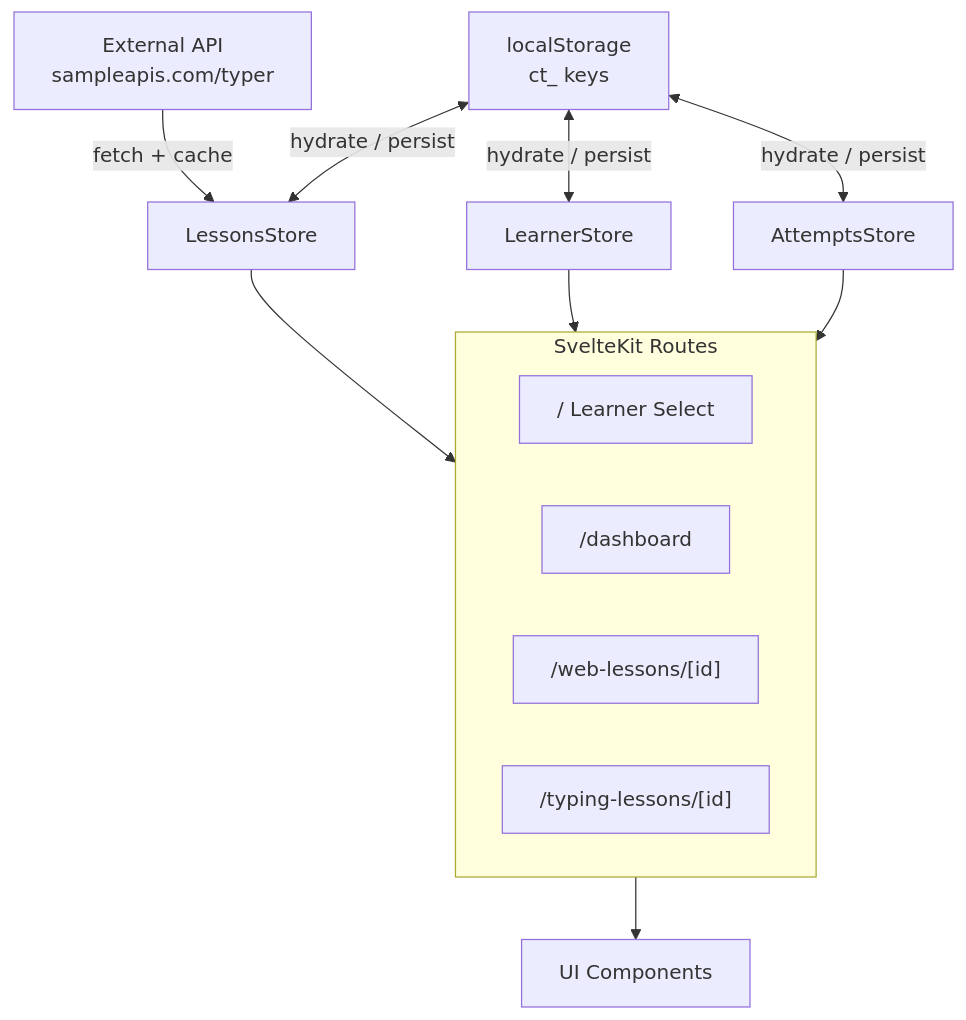
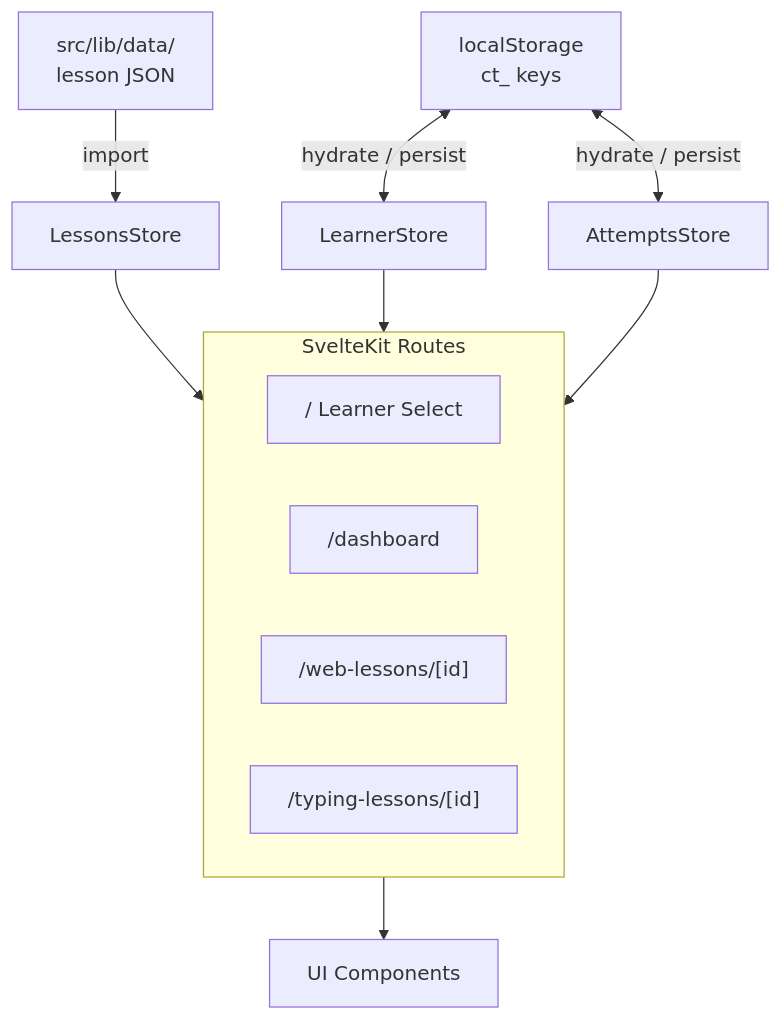
One commit to jermbo/CosmicTyper changed the diagram in docs/architecture/index.md. Above: the diagram before and after it, drawn with Mermaid. The commit also changed other lines of this file and 8 other files, not shown here.

Commit message:
✨ FEAT: Transition to bundled lesson content by removing API dependencies and localStorage caching, enhancing performance and simplifying lesson management with new JSON data files for web and typing lessons.

````diff
--- a/docs/architecture/index.md
+++ b/docs/architecture/index.md
@@ -19,23 +19,22 @@
 ```mermaid
 graph TD
-    API["External API\nsampleapis.com/typer"]
+    Data["src/lib/data/\nlesson JSON"]
     LS["localStorage\nct_ keys"]
 
-    API -->|fetch + cache| LessonsStore
-    LS  <-->|hydrate / persist| LessonsStore
+    Data -->|import| LessonsStore
     LS  <-->|hydrate / persist| LearnerStore
     LS  <-->|hydrate / persist| AttemptsStore
 
     LessonsStore --> Routes
     LearnerStore --> Routes
     AttemptsStore --> Routes
 
     subgraph Routes["SvelteKit Routes"]
         Home["/  Learner Select"]
         Dashboard["/dashboard"]
         WebLessons["/web-lessons/[id]"]
         TypingLessons["/typing-lessons/[id]"]
     end
 
     Routes --> Components["UI Components"]
 ```
````
